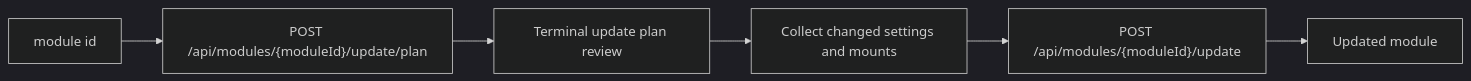
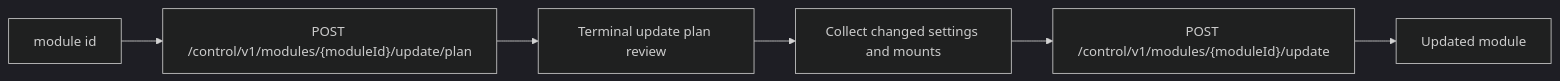
The third of 4 diagrams in docs/features/cli-module-commands.md (alex-de-haas/docker-host), drawn with Mermaid (dark theme) before and after one commit. The commit also changed other lines of this file and 86 other files, not shown here.

````diff
--- a/docs/features/cli-module-commands.md
+++ b/docs/features/cli-module-commands.md
@@ -248,8 +250,8 @@
 ```mermaid
 flowchart LR
-  A["module id"] --> B["POST /api/modules/{moduleId}/update/plan"]
+  A["module id"] --> B["POST /control/v1/modules/{moduleId}/update/plan"]
   B --> C["Terminal update plan review"]
   C --> D["Collect changed settings and mounts"]
-  D --> E["POST /api/modules/{moduleId}/update"]
+  D --> E["POST /control/v1/modules/{moduleId}/update"]
   E --> F["Updated module"]
 ```
````
